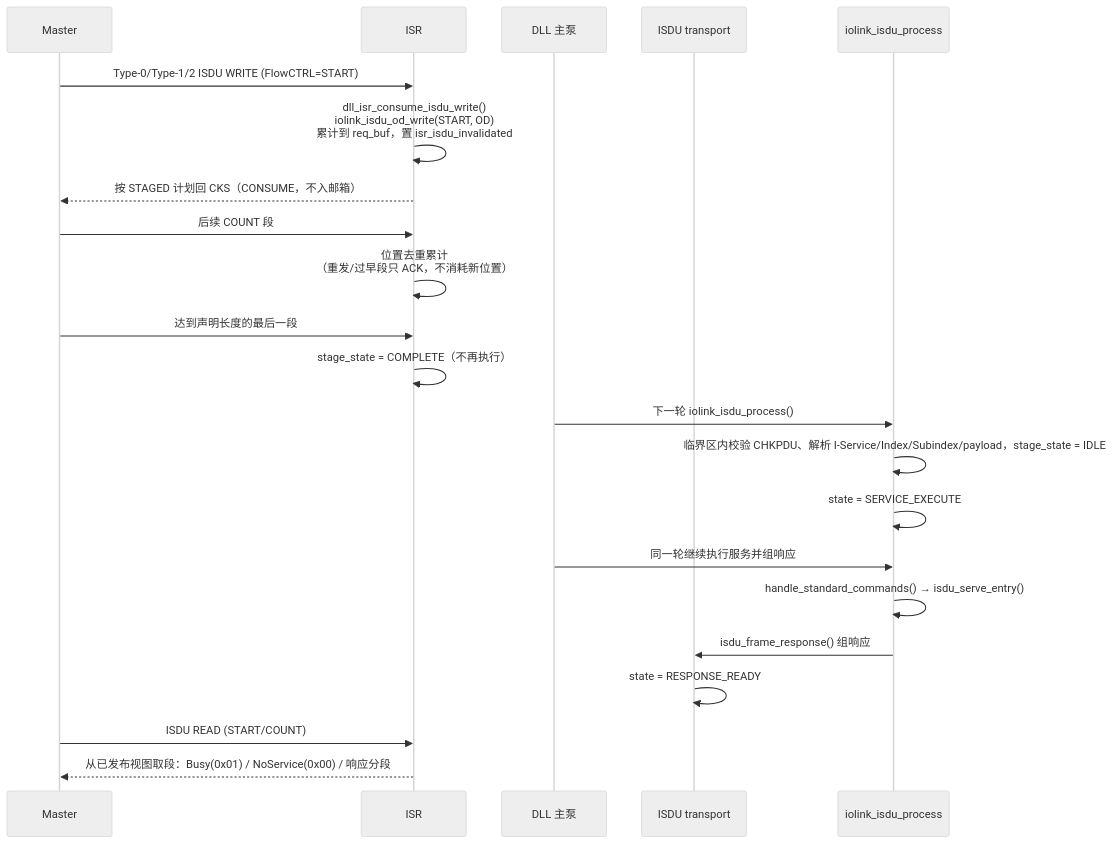
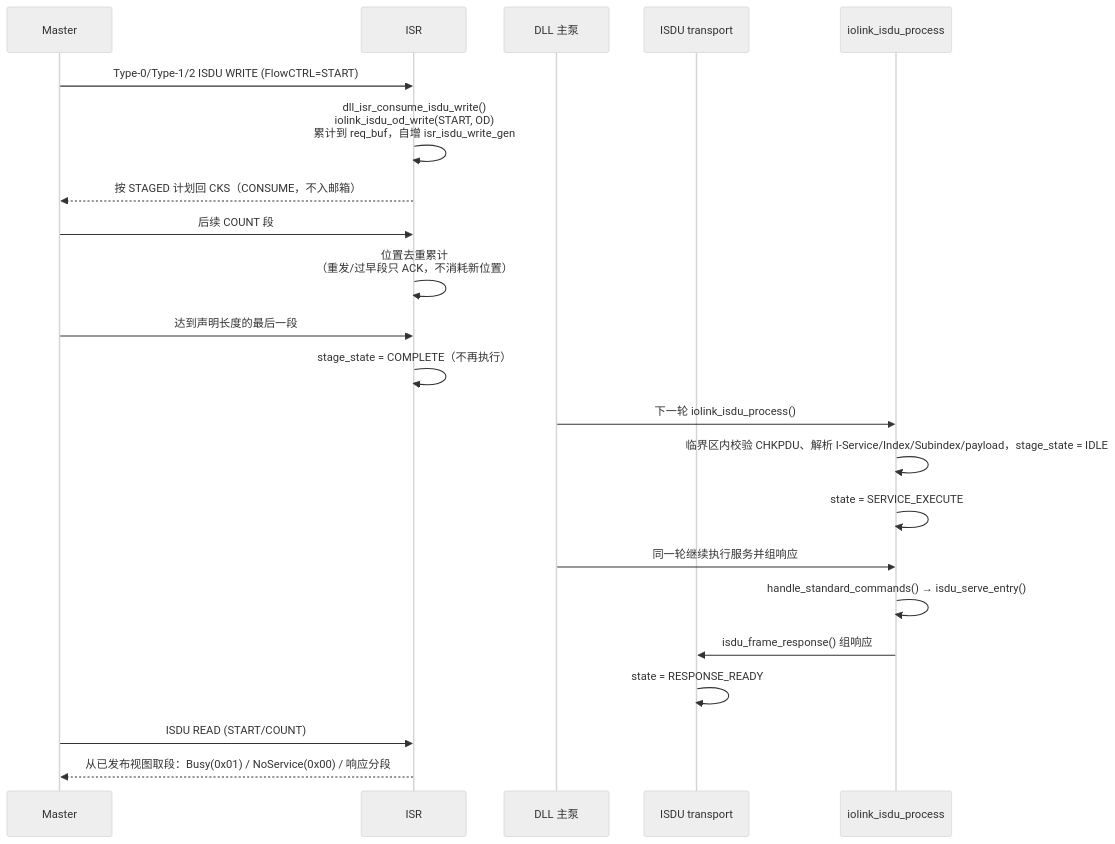
One commit to Adlyq/iolinki changed the tenth of 17 diagrams in docs/CODE_FLOW.md. Above: the diagram before and after it, drawn with Mermaid (neutral theme). The commit also changed other lines of this file and 5 other files, not shown here.

````diff
--- a/docs/CODE_FLOW.md
+++ b/docs/CODE_FLOW.md
@@ -528,25 +528,25 @@
 ```mermaid
 sequenceDiagram
     participant M as Master
     participant I as ISR
     participant D as DLL 主泵
     participant T as ISDU transport
     participant S as iolink_isdu_process
 
     M->>I: Type-0/Type-1/2 ISDU WRITE (FlowCTRL=START)
-    I->>I: dll_isr_consume_isdu_write()<br/>iolink_isdu_od_write(START, OD)<br/>累计到 req_buf，置 isr_isdu_invalidated
+    I->>I: dll_isr_consume_isdu_write()<br/>iolink_isdu_od_write(START, OD)<br/>累计到 req_buf，自增 isr_isdu_write_gen
     I-->>M: 按 STAGED 计划回 CKS（CONSUME，不入邮箱）
     M->>I: 后续 COUNT 段
     I->>I: 位置去重累计<br/>（重发/过早段只 ACK，不消耗新位置）
     M->>I: 达到声明长度的最后一段
     I->>I: stage_state = COMPLETE（不再执行）
     D->>S: 下一轮 iolink_isdu_process()
     S->>S: 临界区内校验 CHKPDU、解析 I-Service/Index/Subindex/payload，stage_state = IDLE
     S->>S: state = SERVICE_EXECUTE
     D->>S: 同一轮继续执行服务并组响应
     S->>S: handle_standard_commands() → isdu_serve_entry()
     S->>T: isdu_frame_response() 组响应
     T->>T: state = RESPONSE_READY
     M->>I: ISDU READ (START/COUNT)
     I-->>M: 从已发布视图取段：Busy(0x01) / NoService(0x00) / 响应分段
 ```
````
